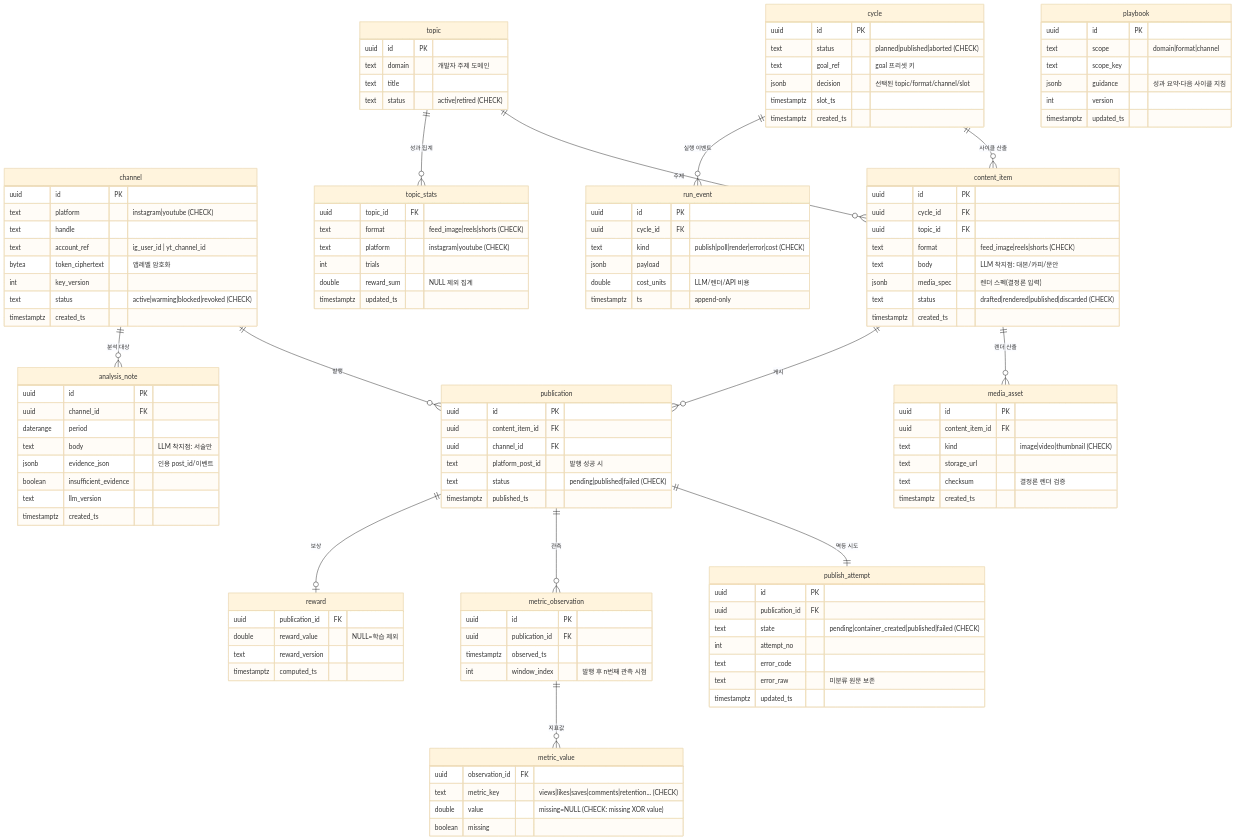
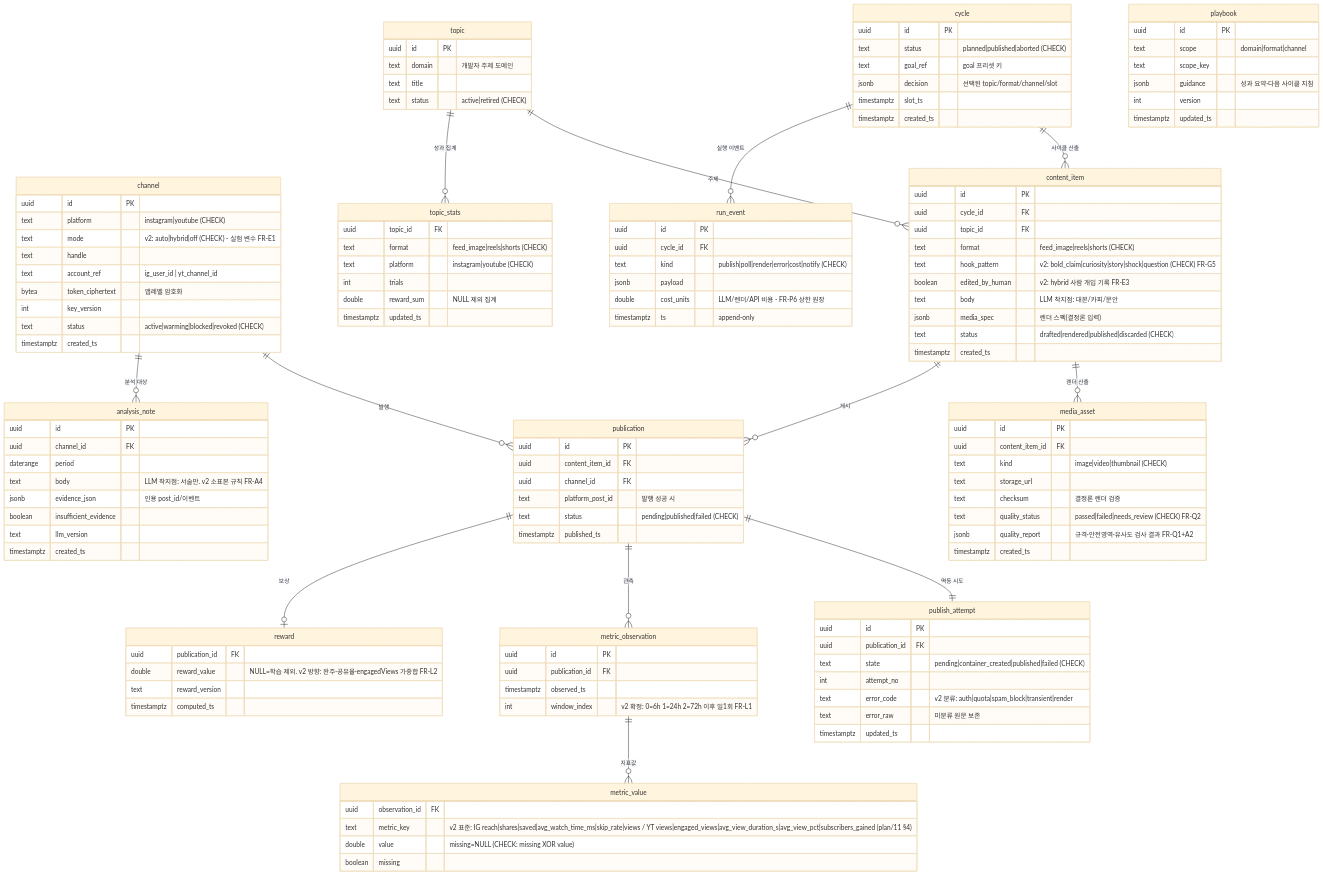
The diagram in docs/diagrams/erd.mermaid (Working-youth-squad/multiagent-sns), drawn with Mermaid (base theme) before and after one commit. The commit also changed 3 other files, not shown here.

First line of the commit message:
docs: 다이어그램 v2 갱신 + 태스크 분할 문서 신설

```diff
--- a/docs/diagrams/erd.mermaid
+++ b/docs/diagrams/erd.mermaid
@@ -1,126 +1,132 @@
-%% multiagent-sns — 데이터 모델 ERD (초안)
+%% multiagent-sns — 데이터 모델 ERD (v2 · 2026-08-11 개정 기획서 기준)
+%% v2 변경: channel.mode(실험 변수) · content_item.hook_pattern/edited_by_human · 관측 시점 확정(6/24/72h) · 메트릭 표준 확장
 erDiagram
     channel ||--o{ publication : "발행"
     content_item ||--o{ media_asset : "렌더 산출"
     content_item ||--o{ publication : "게시"
     cycle ||--o{ content_item : "사이클 산출"
     topic ||--o{ content_item : "주제"
     topic ||--o{ topic_stats : "성과 집계"
     publication ||--|| publish_attempt : "멱등 시도"
     publication ||--o{ metric_observation : "관측"
     metric_observation ||--o{ metric_value : "지표값"
     publication ||--o| reward : "보상"
     channel ||--o{ analysis_note : "분석 대상"
     cycle ||--o{ run_event : "실행 이벤트"
 
     channel {
         uuid id PK
         text platform "instagram|youtube (CHECK)"
+        text mode "v2: auto|hybrid|off (CHECK) - 실험 변수 FR-E1"
         text handle
         text account_ref "ig_user_id | yt_channel_id"
         bytea token_ciphertext "앱레벨 암호화"
         int key_version
         text status "active|warming|blocked|revoked (CHECK)"
         timestamptz created_ts
     }
     cycle {
         uuid id PK
         text status "planned|published|aborted (CHECK)"
         text goal_ref "goal 프리셋 키"
         jsonb decision "선택된 topic/format/channel/slot"
         timestamptz slot_ts
         timestamptz created_ts
     }
     topic {
         uuid id PK
         text domain "개발자 주제 도메인"
         text title
         text status "active|retired (CHECK)"
     }
     topic_stats {
         uuid topic_id FK
         text format "feed_image|reels|shorts (CHECK)"
         text platform "instagram|youtube (CHECK)"
         int trials
         double reward_sum "NULL 제외 집계"
         timestamptz updated_ts
     }
     content_item {
         uuid id PK
         uuid cycle_id FK
         uuid topic_id FK
         text format "feed_image|reels|shorts (CHECK)"
+        text hook_pattern "v2: bold_claim|curiosity|story|shock|question (CHECK) FR-G5"
+        boolean edited_by_human "v2: hybrid 사람 개입 기록 FR-E3"
         text body "LLM 착지점: 대본/카피/문안"
         jsonb media_spec "렌더 스펙(결정론 입력)"
         text status "drafted|rendered|published|discarded (CHECK)"
         timestamptz created_ts
     }
     media_asset {
         uuid id PK
         uuid content_item_id FK
         text kind "image|video|thumbnail (CHECK)"
         text storage_url
         text checksum "결정론 렌더 검증"
+        text quality_status "passed|failed|needs_review (CHECK) FR-Q2"
+        jsonb quality_report "규격·안전영역·유사도 검사 결과 FR-Q1+A2"
         timestamptz created_ts
     }
     publication {
         uuid id PK
         uuid content_item_id FK
         uuid channel_id FK
         text platform_post_id "발행 성공 시"
         text status "pending|published|failed (CHECK)"
         timestamptz published_ts
     }
     publish_attempt {
         uuid id PK
         uuid publication_id FK
         text state "pending|container_created|published|failed (CHECK)"
         int attempt_no
-        text error_code
+        text error_code "v2 분류: auth|quota|spam_block|transient|render"
         text error_raw "미분류 원문 보존"
         timestamptz updated_ts
     }
     metric_observation {
         uuid id PK
         uuid publication_id FK
         timestamptz observed_ts
-        int window_index "발행 후 n번째 관측 시점"
+        int window_index "v2 확정: 0=6h 1=24h 2=72h 이후 일1회 FR-L1"
     }
     metric_value {
         uuid observation_id FK
-        text metric_key "views|likes|saves|comments|retention... (CHECK)"
+        text metric_key "v2 표준: IG reach|shares|saved|avg_watch_time_ms|skip_rate|views / YT views|engaged_views|avg_view_duration_s|avg_view_pct|subscribers_gained (plan/11 §4)"
         double value "missing=NULL (CHECK: missing XOR value)"
         boolean missing
     }
     reward {
         uuid publication_id FK
-        double reward_value "NULL=학습 제외"
+        double reward_value "NULL=학습 제외. v2 방향: 완주·공유율·engagedViews 가중합 FR-L2"
         text reward_version
         timestamptz computed_ts
     }
     playbook {
         uuid id PK
         text scope "domain|format|channel"
         text scope_key
         jsonb guidance "성과 요약·다음 사이클 지침"
         int version
         timestamptz updated_ts
     }
     analysis_note {
         uuid id PK
         uuid channel_id FK
         daterange period
-        text body "LLM 착지점: 서술만"
+        text body "LLM 착지점: 서술만. v2 소표본 규칙 FR-A4"
         jsonb evidence_json "인용 post_id/이벤트"
         boolean insufficient_evidence
         text llm_version
         timestamptz created_ts
     }
     run_event {
         uuid id PK
         uuid cycle_id FK
-        text kind "publish|poll|render|error|cost (CHECK)"
+        text kind "publish|poll|render|error|cost|notify (CHECK)"
         jsonb payload
-        double cost_units "LLM/렌더/API 비용"
+        double cost_units "LLM/렌더/API 비용 - FR-P6 상한 원장"
         timestamptz ts "append-only"
     }
```
